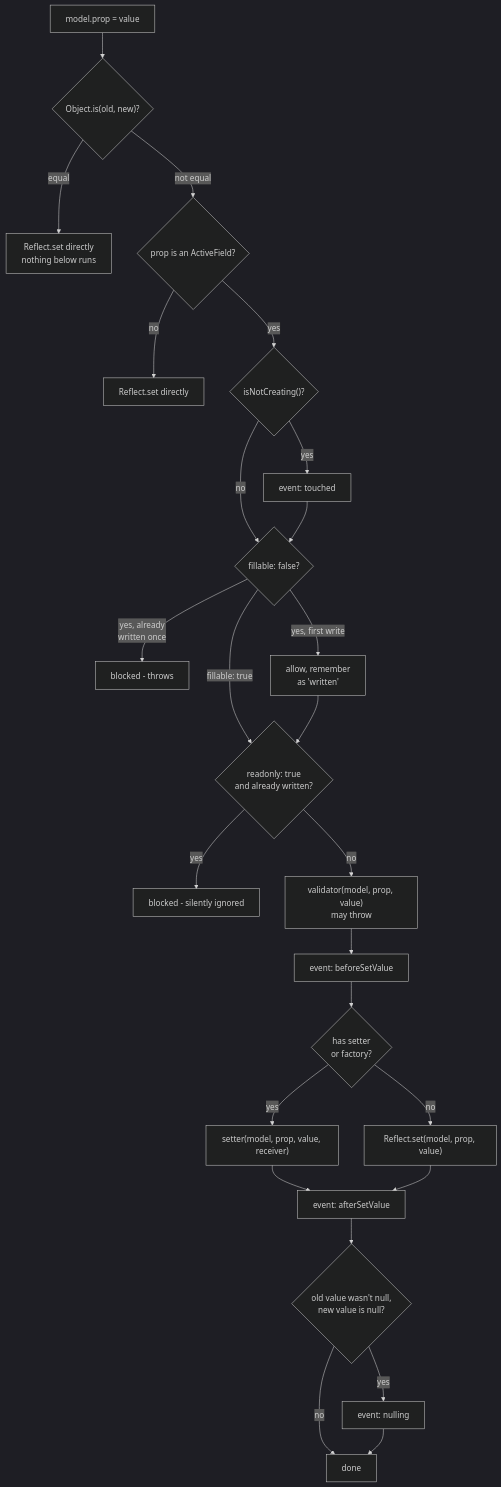
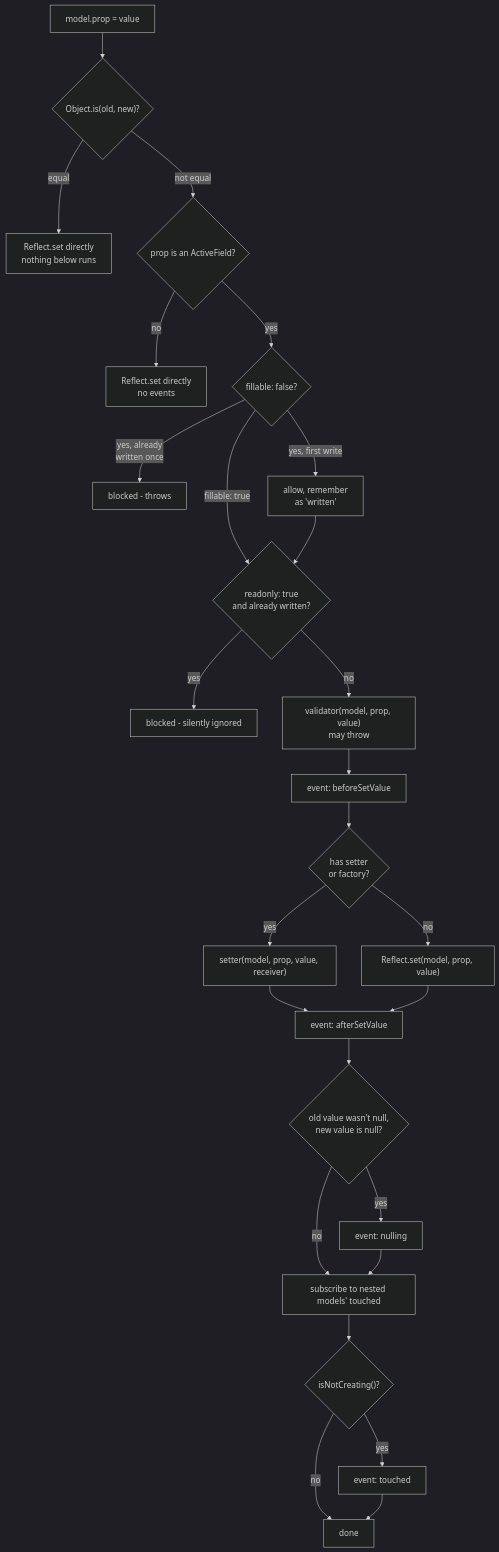
One commit to alt-point/active-models changed the second of 3 diagrams in docs/en/model-lifecycle.md. Above: the diagram before and after it, drawn with Mermaid (dark theme). The commit also changed other lines of this file and 9 other files, not shown here.

First line of the commit message:
fix: per-instance default values, touched bubbling from nested models and only after successful writes, per-field once hooks, mapTo typing for symbol keys, fail-fast ActiveFactory

````diff
--- a/docs/en/model-lifecycle.md
+++ b/docs/en/model-lifecycle.md
@@ -56,27 +56,28 @@
 ```mermaid
 flowchart TD
     A["model.prop = value"] --> B{"Object.is(old, new)?"}
     B -- equal --> B1["Reflect.set directly\nnothing below runs"]
     B -- not equal --> C{"prop is an ActiveField?"}
-    C -- no --> C1["Reflect.set directly"]
-    C -- yes --> D{"isNotCreating()?"}
-    D -- yes --> D1["event: touched"]
-    D -- no --> E
-    D1 --> E{"fillable: false?"}
+    C -- no --> C1["Reflect.set directly\nno events"]
+    C -- yes --> E{"fillable: false?"}
     E -- yes, already\nwritten once --> E1["blocked - throws"]
     E -- yes, first write --> E2["allow, remember\nas 'written'"]
     E -- fillable: true --> F
     E2 --> F{"readonly: true\nand already written?"}
     F -- yes --> F1["blocked - silently ignored"]
     F -- no --> G["validator(model, prop, value)\nmay throw"]
     G --> H["event: beforeSetValue"]
     H --> I{"has setter\nor factory?"}
     I -- yes --> I1["setter(model, prop, value, receiver)"]
     I -- no --> I2["Reflect.set(model, prop, value)"]
     I1 --> J["event: afterSetValue"]
     I2 --> J
     J --> K{"old value wasn't null,\nnew value is null?"}
     K -- yes --> K1["event: nulling"]
-    K -- no --> L["done"]
-    K1 --> L
+    K -- no --> M
+    K1 --> M["subscribe to nested models' touched"]
+    M --> N{"isNotCreating()?"}
+    N -- yes --> N1["event: touched"]
+    N -- no --> L["done"]
+    N1 --> L
 ```
````
